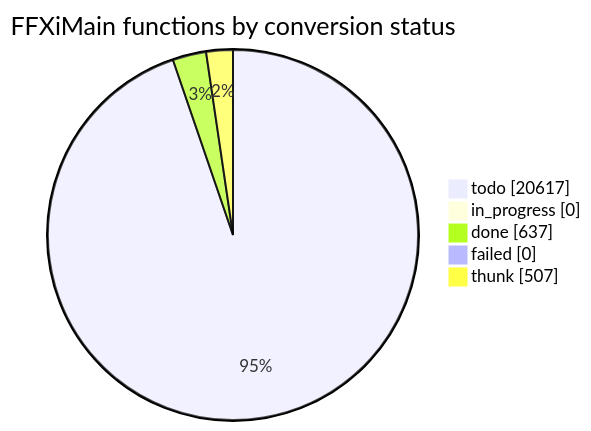
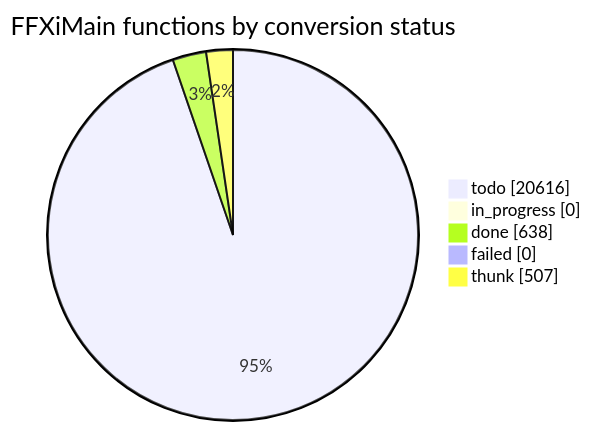
One commit to cowrevenge/cow_kuluu_xi_anything changed the diagram in docs/cow/STATUS.md. Above: the diagram before and after it, drawn with Mermaid. The commit also changed other lines of this file and 9 other files, not shown here.

````diff
--- a/docs/cow/STATUS.md
+++ b/docs/cow/STATUS.md
@@ -18,9 +18,9 @@
 ```mermaid
 pie showData
     title FFXiMain functions by conversion status
-    "todo" : 20617
+    "todo" : 20616
     "in_progress" : 0
-    "done" : 637
+    "done" : 638
     "failed" : 0
     "thunk" : 507
 ```
````
